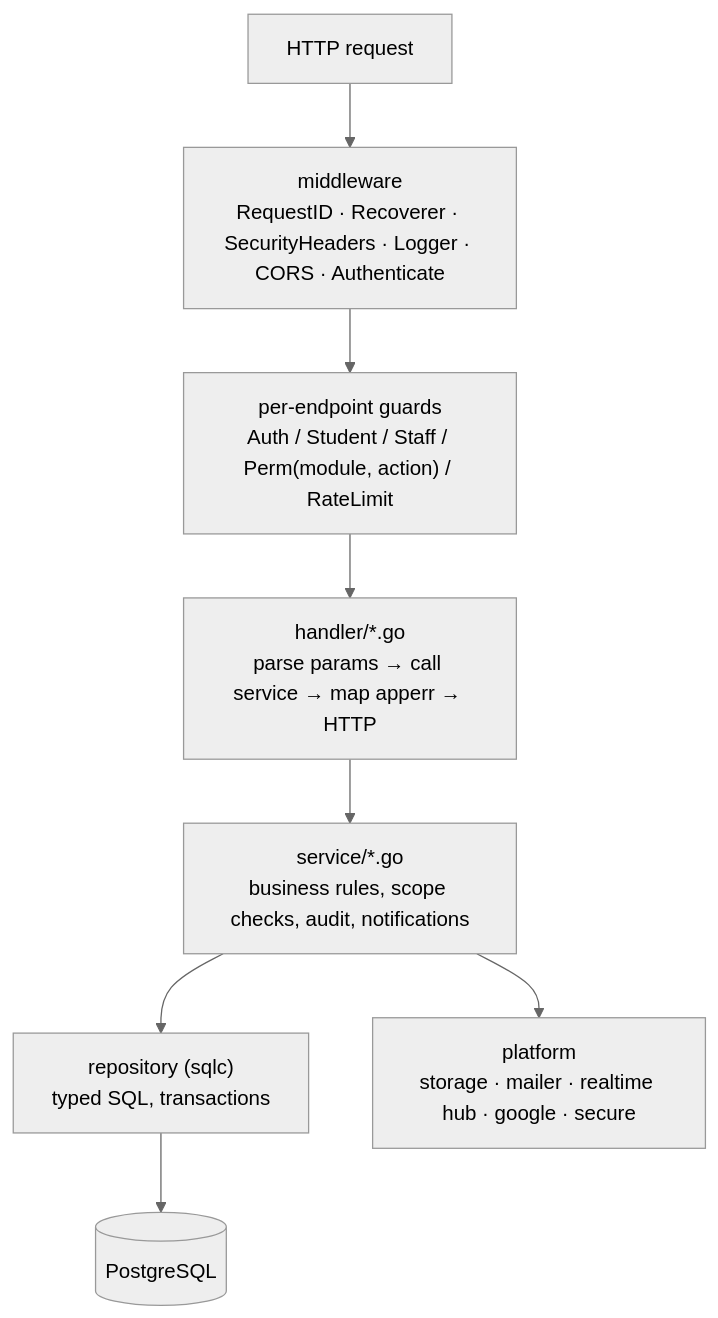
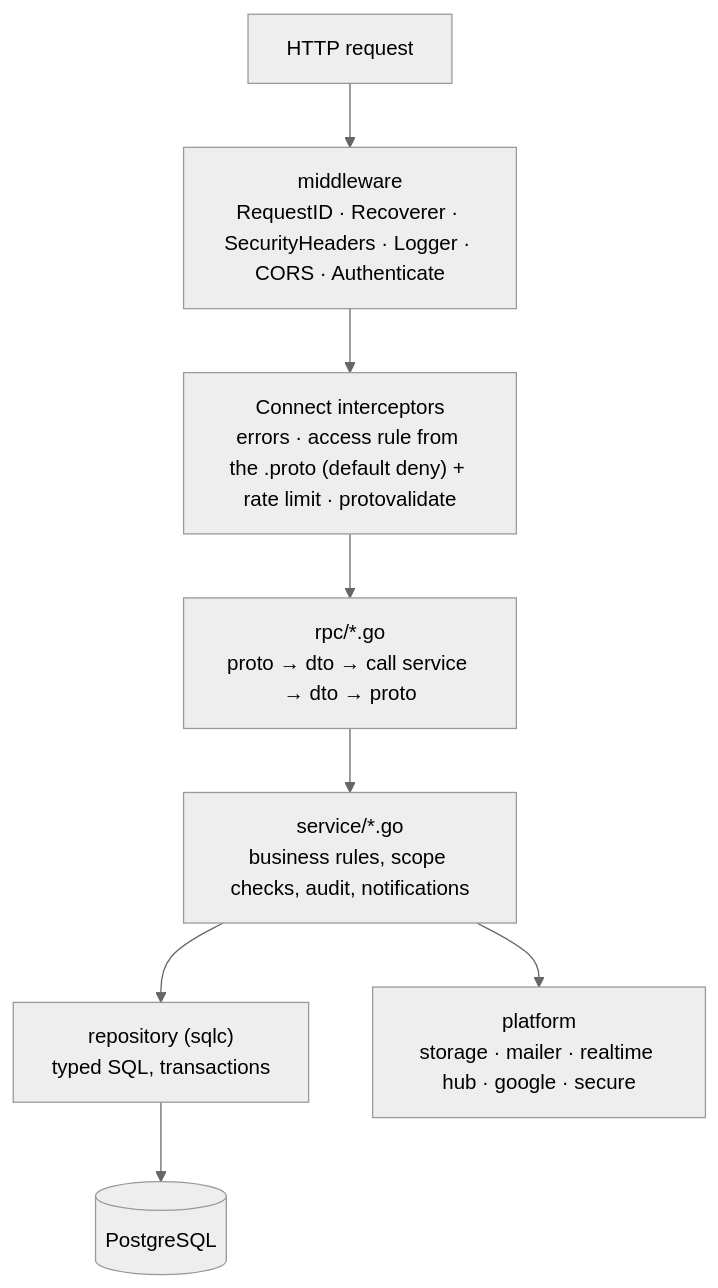
One commit to salmanfaris22/los_stud_visadfasf changed the second of 4 diagrams in docs/ARCHITECTURE.md. Above: the diagram before and after it, drawn with Mermaid (neutral theme). The commit also changed other lines of this file and 220 other files, not shown here.

First line of the commit message:
Move the whole API to gRPC (ConnectRPC), drop Redis, rebuild the Leads page

````diff
--- a/docs/ARCHITECTURE.md
+++ b/docs/ARCHITECTURE.md
@@ -31,10 +31,10 @@
 ```mermaid
 flowchart TB
   R[HTTP request] --> MW["middleware<br/>RequestID · Recoverer · SecurityHeaders · Logger · CORS · Authenticate"]
-  MW --> G["per-endpoint guards<br/>Auth / Student / Staff / Perm(module, action) / RateLimit"]
-  G --> H["handler/*.go<br/>parse params → call service → map apperr → HTTP"]
+  MW --> G["Connect interceptors<br/>errors · access rule from the .proto (default deny) + rate limit · protovalidate"]
+  G --> H["rpc/*.go<br/>proto → dto → call service → dto → proto"]
   H --> SV["service/*.go<br/>business rules, scope checks, audit, notifications"]
   SV --> RP["repository (sqlc)<br/>typed SQL, transactions"]
   RP --> DB[(PostgreSQL)]
   SV --> PL["platform<br/>storage · mailer · realtime hub · google · secure"]
 ```
````
